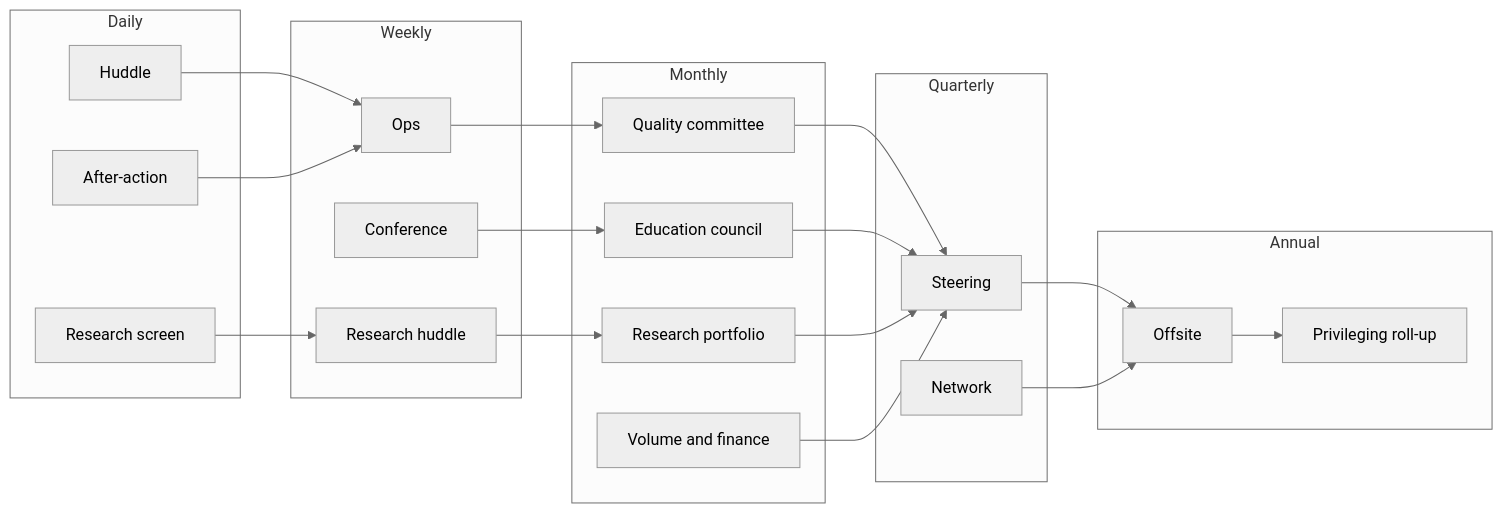
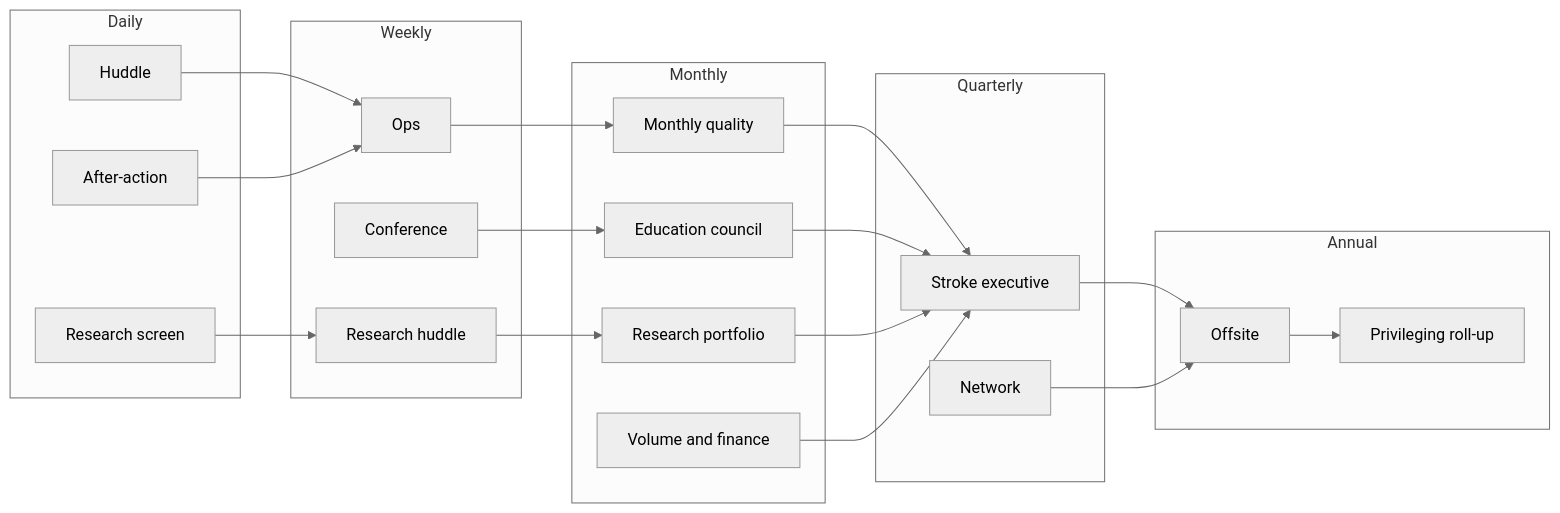
Before and after one commit to rkalani1/CSC: the second of 2 diagrams in docs/playbooks/37-integrating-pillars.md, drawn with Mermaid (neutral theme). The commit also changed other lines of this file and 62 other files, not shown here.

````diff
--- a/docs/playbooks/37-integrating-pillars.md
+++ b/docs/playbooks/37-integrating-pillars.md
@@ -110,40 +110,40 @@
 ```mermaid
 flowchart LR
     subgraph D["Daily"]
       H[Huddle]
       AA[After-action]
       SC[Research screen]
     end
     subgraph W["Weekly"]
       OPS[Ops]
       CONF[Conference]
       RH[Research huddle]
     end
     subgraph M["Monthly"]
-      QC[Quality committee]
+      QC[Monthly quality]
       ED[Education council]
       RP[Research portfolio]
       VF[Volume and finance]
     end
     subgraph Q["Quarterly"]
-      ST[Steering]
+      ST[Stroke executive]
       NET[Network]
     end
     subgraph Y["Annual"]
       OFF[Offsite]
       PRIV[Privileging roll-up]
     end
     H --> OPS
     AA --> OPS
     SC --> RH
     OPS --> QC
     CONF --> ED
     RH --> RP
     QC --> ST
     ED --> ST
     RP --> ST
     VF --> ST
     ST --> OFF
     NET --> OFF
     OFF --> PRIV
 ```
````
